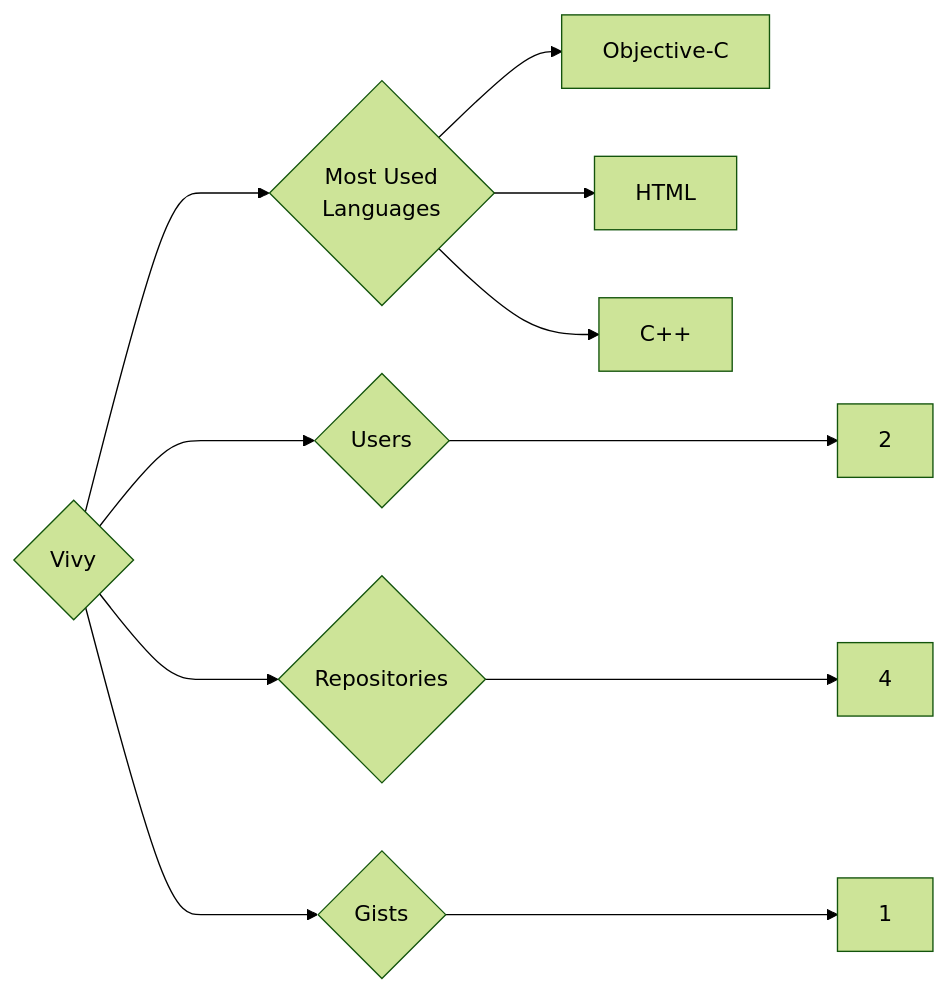
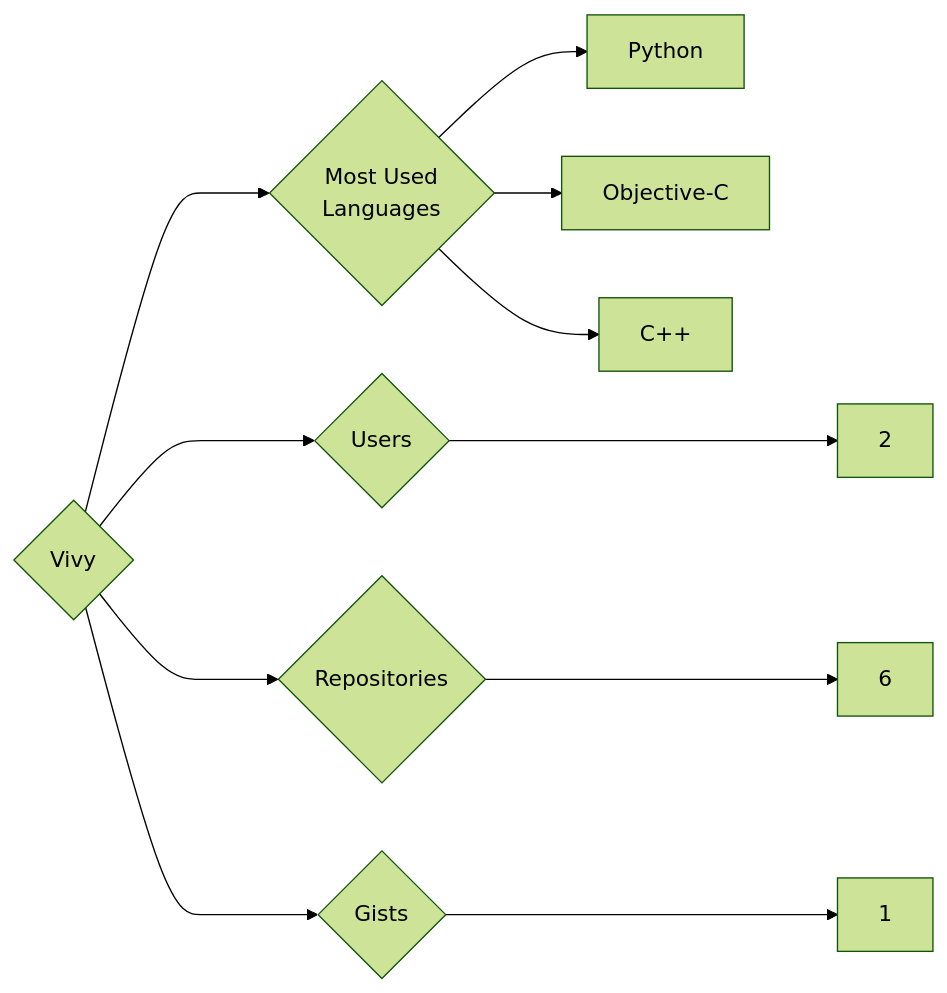
Before and after one commit to trickest/insiders: the diagram in targets/Vivy/README.md, drawn with Mermaid (forest theme). The commit also changed 1479 other files, not shown here.

````diff
--- a/targets/Vivy/README.md
+++ b/targets/Vivy/README.md
@@ -3,11 +3,11 @@
 ```mermaid
 graph LR
 COMPANY_NAME{Vivy}
 COMPANY_NAME ---> U{Users} ---> UN[2]
-COMPANY_NAME ---> R{Repositories} ---> RN[4]
+COMPANY_NAME ---> R{Repositories} ---> RN[6]
 COMPANY_NAME ---> G{Gists} ---> GN[1]
 COMPANY_NAME ---> ML{Most Used<br>Languages}
+ML --> Python[Python]
 ML --> Objective-C[Objective-C]
-ML --> HTML[HTML]
 ML --> C++[C++]
 ```
````
